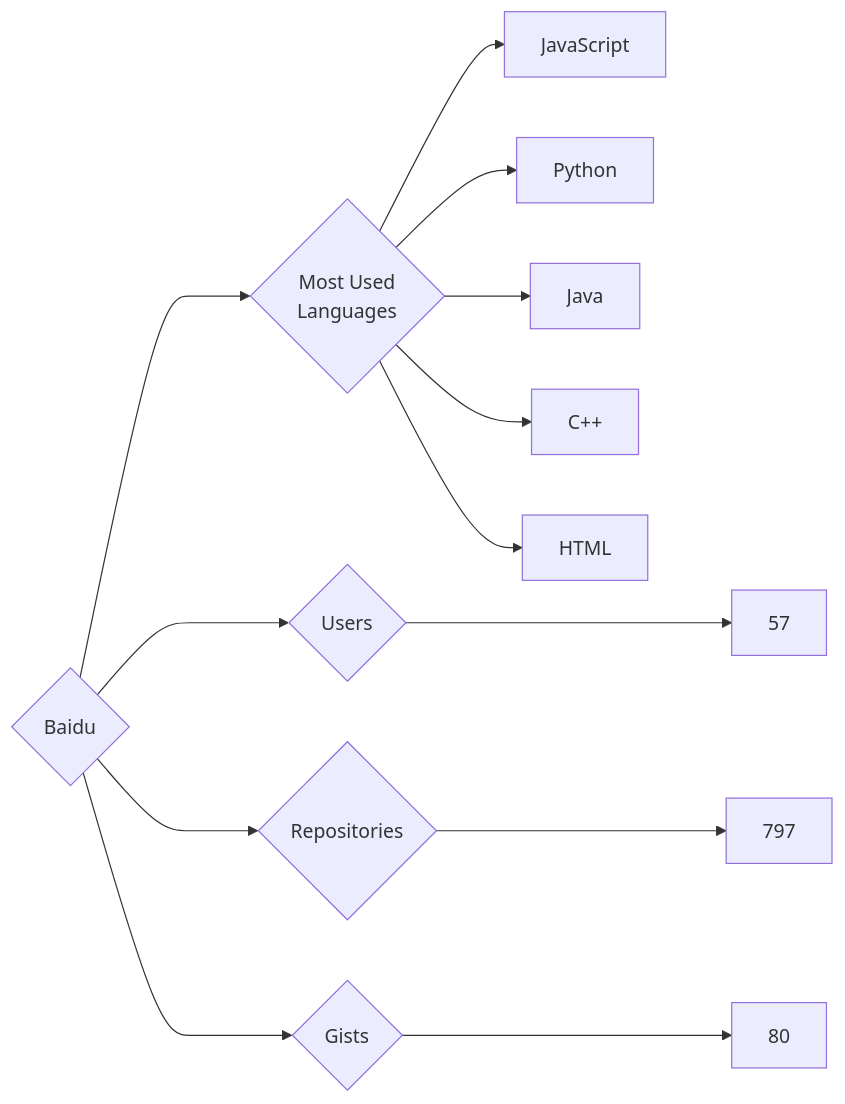
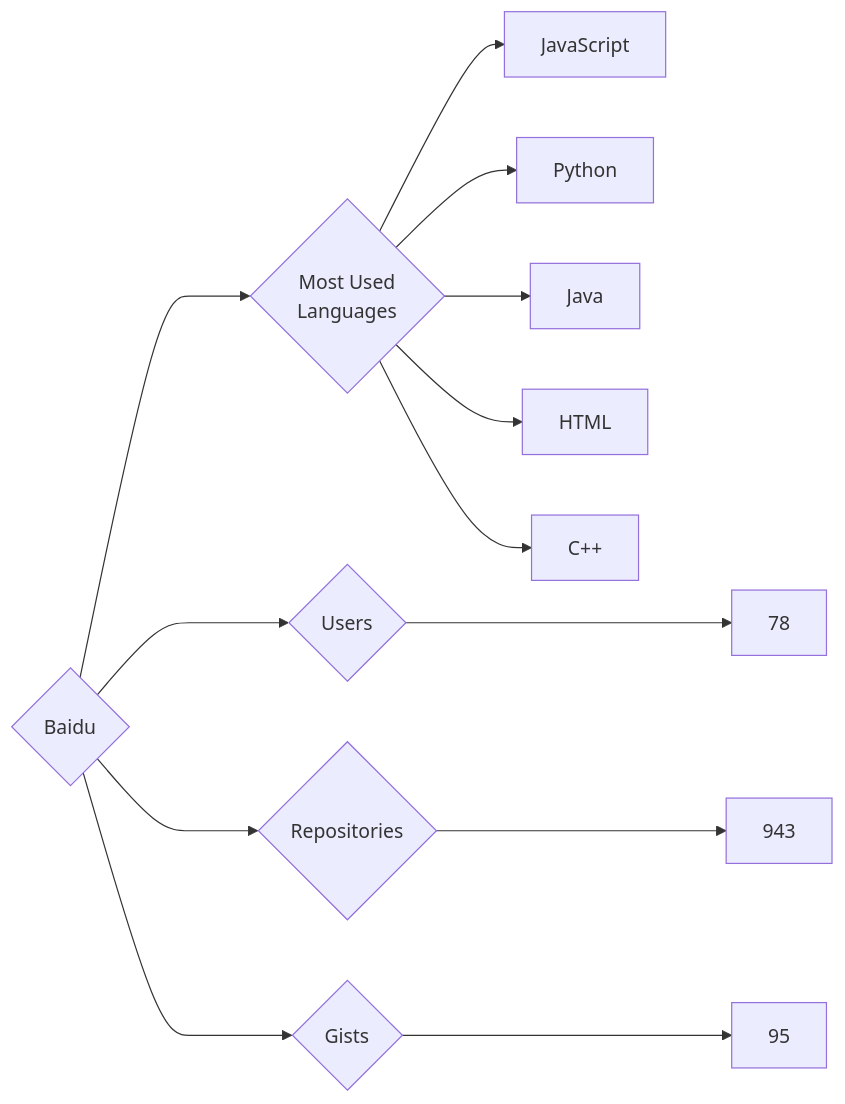
Before and after one commit to trickest/insiders: the diagram in targets/Baidu/README.md, drawn with Mermaid. The commit also changed 534 other files, not shown here.

````diff
--- a/targets/Baidu/README.md
+++ b/targets/Baidu/README.md
@@ -3,13 +3,13 @@
 ```mermaid
 graph LR
 COMPANY_NAME{Baidu}
-COMPANY_NAME ---> U{Users} ---> UN[57]
-COMPANY_NAME ---> R{Repositories} ---> RN[797]
-COMPANY_NAME ---> G{Gists} ---> GN[80]
+COMPANY_NAME ---> U{Users} ---> UN[78]
+COMPANY_NAME ---> R{Repositories} ---> RN[943]
+COMPANY_NAME ---> G{Gists} ---> GN[95]
 COMPANY_NAME ---> ML{Most Used<br>Languages}
 ML --> JavaScript[JavaScript]
 ML --> Python[Python]
 ML --> Java[Java]
+ML --> HTML[HTML]
 ML --> C++[C++]
-ML --> HTML[HTML]
 ```
````
